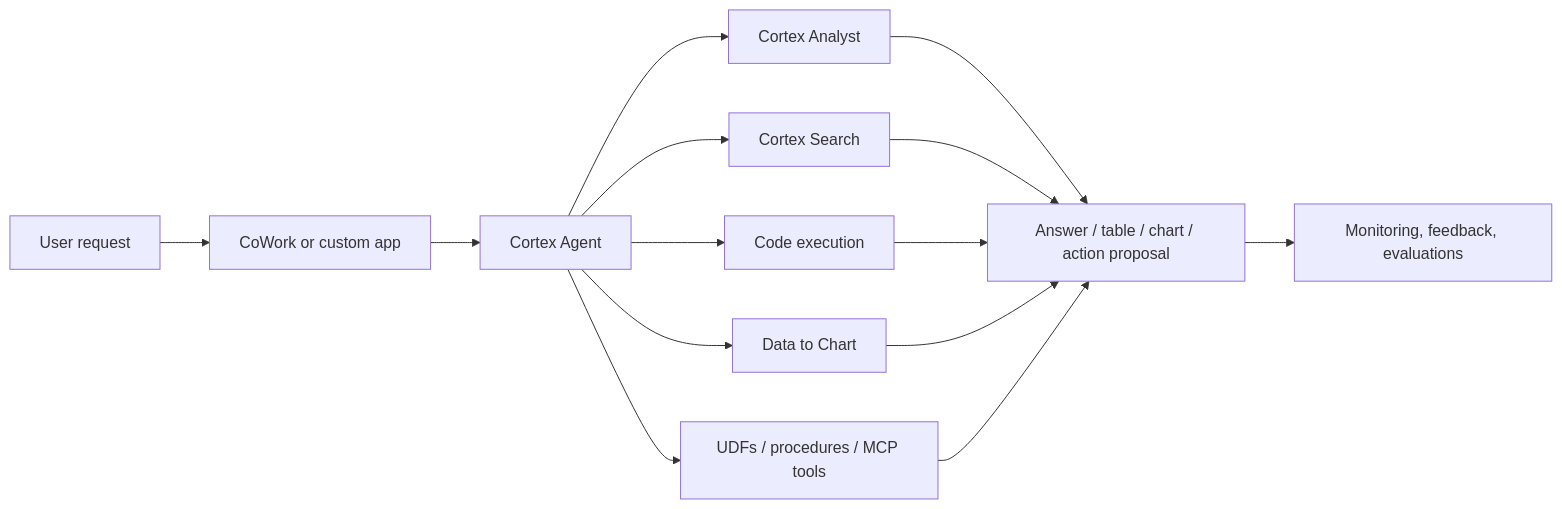
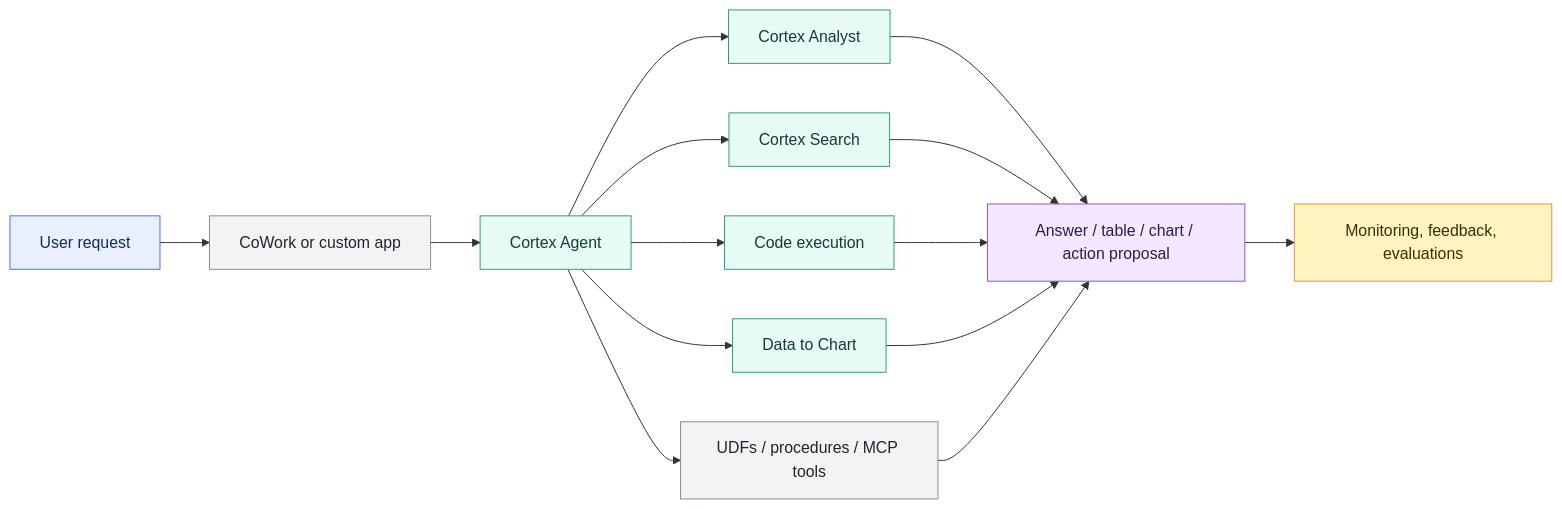
Before and after one commit to shonningsoy/Upskill: the diagram in 01 Snowflake/05 Advanced Analytics and AI/38 Cortex Agents and CoWork.md, drawn with Mermaid. The commit also changed other lines of this file and 12 other files, not shown here.

````diff
--- a/01 Snowflake/05 Advanced Analytics and AI/38 Cortex Agents and CoWork.md
+++ b/01 Snowflake/05 Advanced Analytics and AI/38 Cortex Agents and CoWork.md
@@ -68,16 +71,27 @@
 ```mermaid
 flowchart LR
     USER[User request] --> SURFACE[CoWork or custom app]
     SURFACE --> AGENT[Cortex Agent]
     AGENT --> ANALYST[Cortex Analyst]
     AGENT --> SEARCH[Cortex Search]
     AGENT --> CODE[Code execution]
     AGENT --> CHART[Data to Chart]
     AGENT --> CUSTOM[UDFs / procedures / MCP tools]
     ANALYST --> RESPONSE[Answer / table / chart / action proposal]
     SEARCH --> RESPONSE
     CODE --> RESPONSE
     CHART --> RESPONSE
     CUSTOM --> RESPONSE
     RESPONSE --> OBS[Monitoring, feedback, evaluations]
+
+    classDef input fill:#E8F0FE,stroke:#4C6EF5,color:#172B4D
+    classDef control fill:#FFF3BF,stroke:#D69E2E,color:#3D2E00
+    classDef snowflake fill:#E6FCF5,stroke:#2F9E7B,color:#123C34
+    classDef platform fill:#F1F3F5,stroke:#868E96,color:#212529
+    classDef output fill:#F3E8FF,stroke:#805AD5,color:#2D1B4E
+    class USER input
+    class AGENT,ANALYST,SEARCH,CODE,CHART snowflake
+    class SURFACE,CUSTOM platform
+    class OBS control
+    class RESPONSE output
 ```
````
